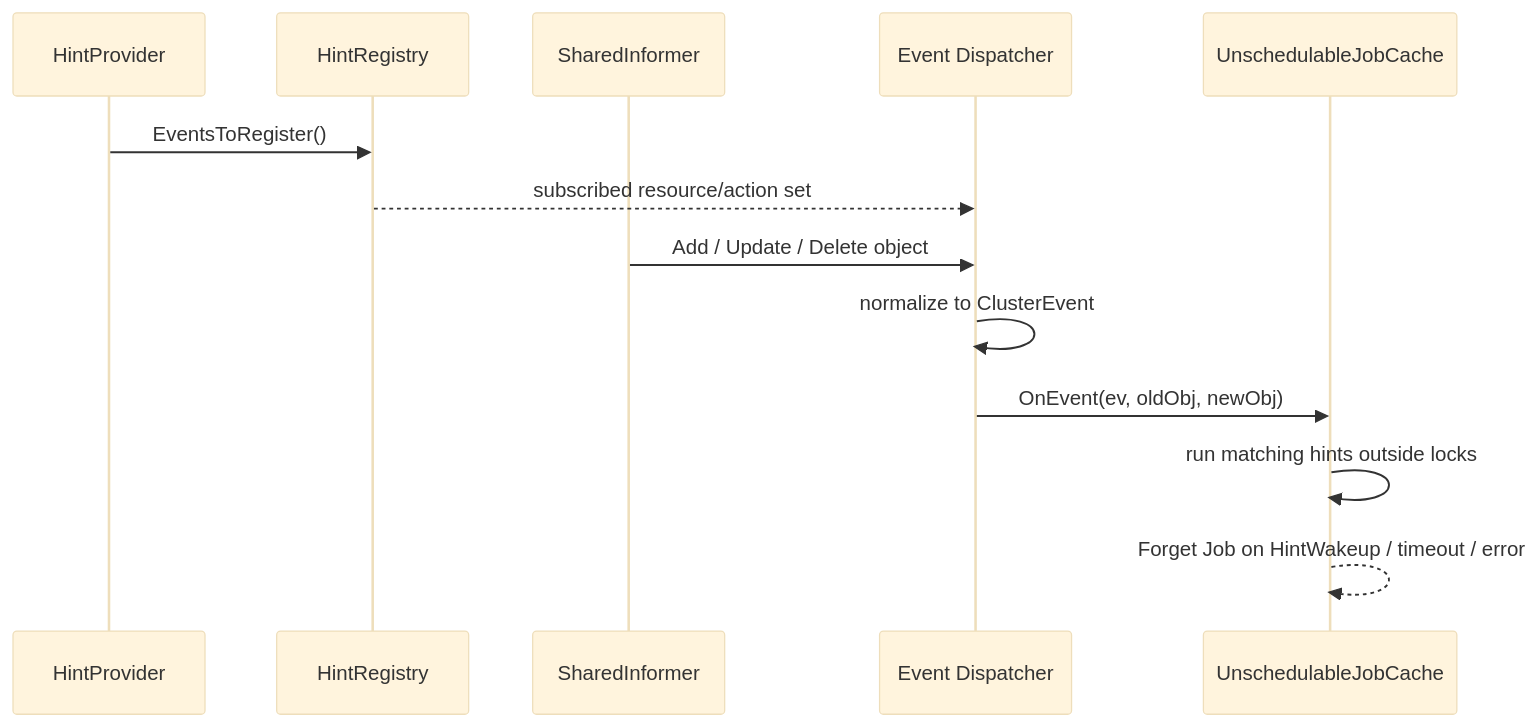
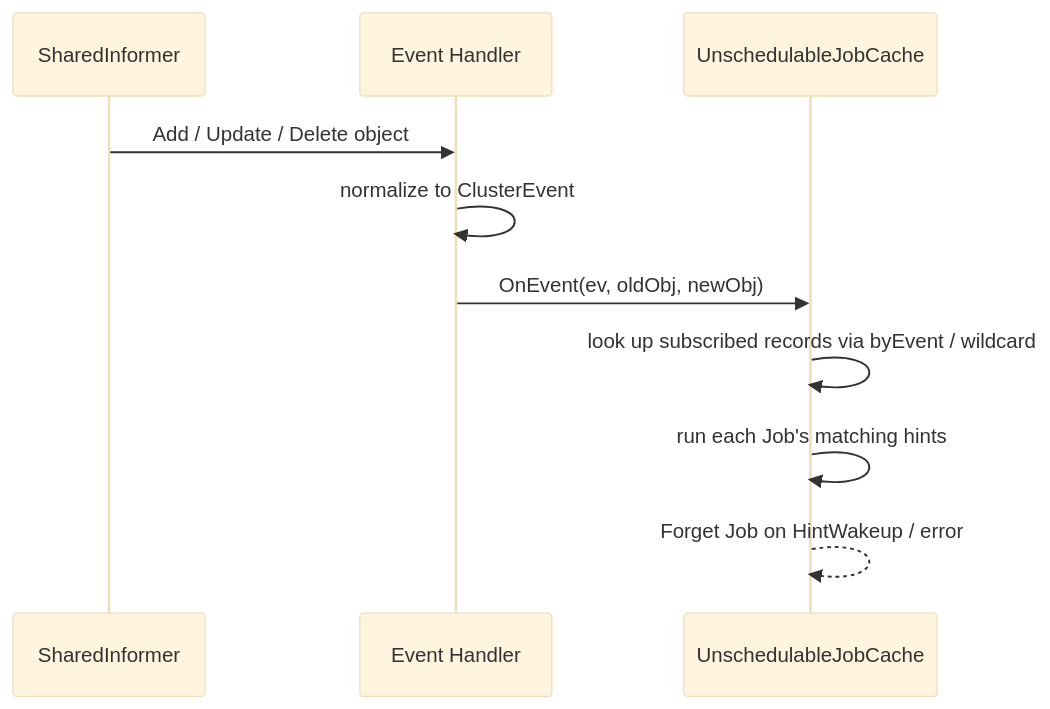
One commit to JesseStutler/volcano changed the second of 4 diagrams in docs/design/queueing-hint.md. Above: the diagram before and after it, drawn with Mermaid (base theme). The commit also changed other lines of this file, not shown here.

````diff
--- a/docs/design/queueing-hint.md
+++ b/docs/design/queueing-hint.md
@@ -433,16 +520,13 @@
 ```mermaid
 sequenceDiagram
-    participant Plugin as HintProvider
-    participant Registry as HintRegistry
     participant Informer as SharedInformer
-    participant Dispatch as Event Dispatcher
+    participant Dispatch as Event Handler
     participant UJC as UnschedulableJobCache
 
-    Plugin->>Registry: EventsToRegister()
-    Registry-->>Dispatch: subscribed resource/action set
     Informer->>Dispatch: Add / Update / Delete object
     Dispatch->>Dispatch: normalize to ClusterEvent
     Dispatch->>UJC: OnEvent(ev, oldObj, newObj)
-    UJC->>UJC: run matching hints outside locks
-    UJC-->>UJC: Forget Job on HintWakeup / timeout / error
+    UJC->>UJC: look up subscribed records via byEvent / wildcard
+    UJC->>UJC: run each Job's matching hints
+    UJC-->>UJC: Forget Job on HintWakeup / error
 ```
````
